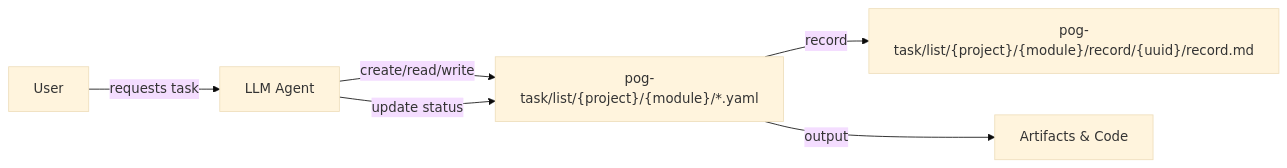
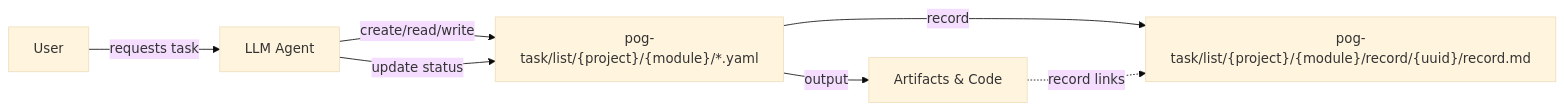
The first of 2 diagrams in docs/index.md (enjtorian/pog-task), drawn with Mermaid (base theme) before and after one commit. The commit also changed other lines of this file and 8 other files, not shown here.

````diff
--- a/docs/index.md
+++ b/docs/index.md
@@ -88,8 +97,9 @@
 ```mermaid
 flowchart LR
     U[User] -->|requests task| A[LLM Agent]
     A -->|create/read/write| TL["pog-task/list/{project}/{module}/*.yaml"]
     TL -->|record| R["pog-task/list/{project}/{module}/record/{uuid}/record.md"]
     A -->|update status| TL
     TL -->|output| O[Artifacts & Code]
+    O -.->|record links| R
 ```
````
